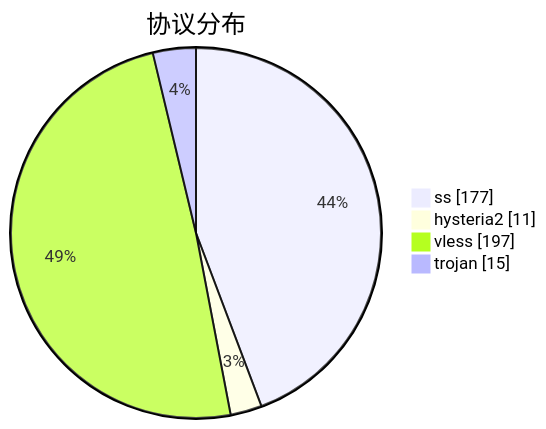
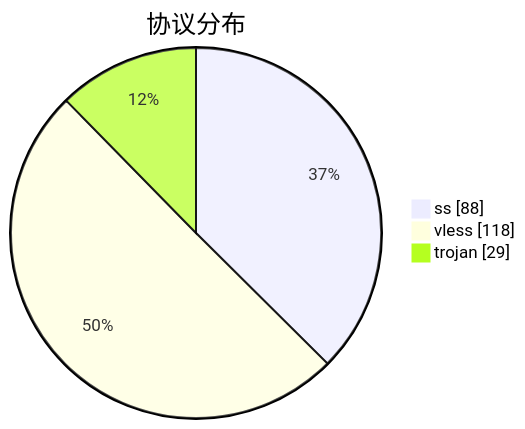
One commit to qjlxg/airport changed the third of 3 diagrams in subs/statistics/tested_within.md. Above: the diagram before and after it, drawn with Mermaid. The commit also changed other lines of this file and 2 other files, not shown here.

````diff
--- a/subs/statistics/tested_within.md
+++ b/subs/statistics/tested_within.md
@@ -18,8 +18,7 @@
 ```mermaid
 pie showData
 title 协议分布
-"ss" : 177
-"hysteria2" : 11
-"vless" : 197
-"trojan" : 15
+"ss" : 88
+"vless" : 118
+"trojan" : 29
 ```
````
